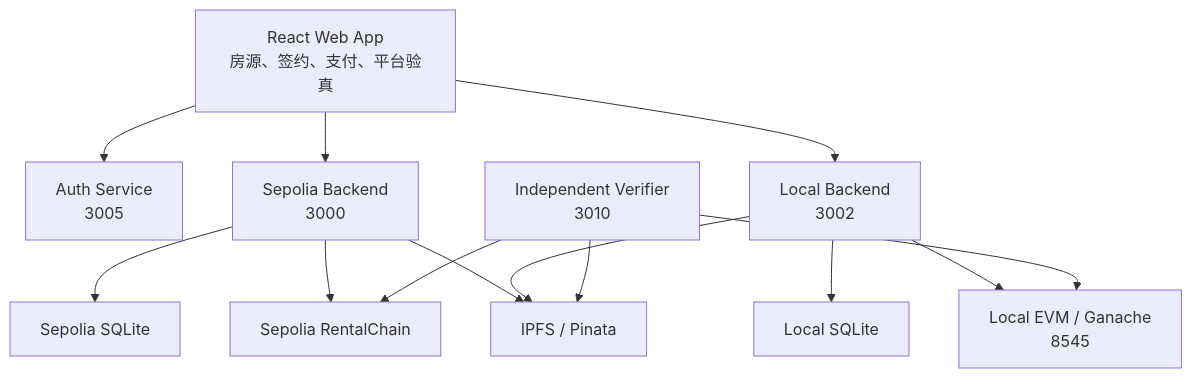
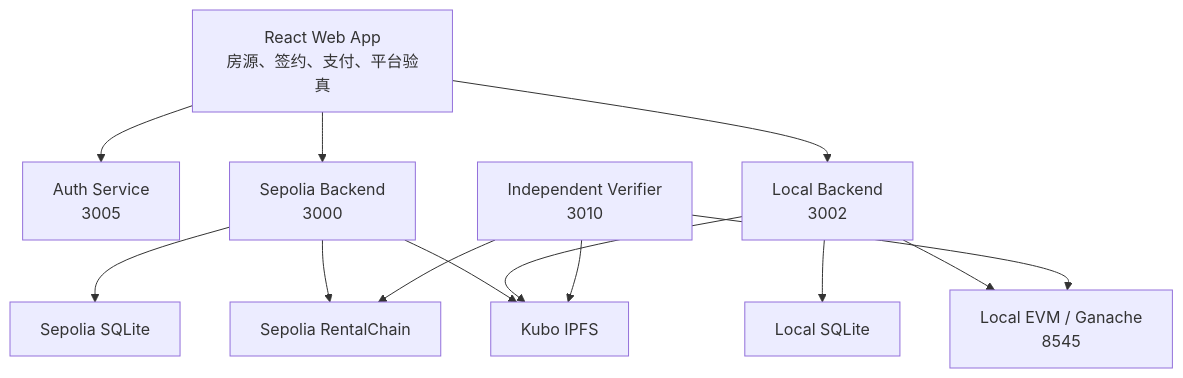
One commit to Asern-l/house-rent changed the second of 2 diagrams in README.md. Above: the diagram before and after it, drawn with Mermaid. The commit also changed other lines of this file and 22 other files, not shown here.

````diff
--- a/README.md
+++ b/README.md
@@ -161,15 +173,15 @@
 ```mermaid
 flowchart TB
     UI["React Web App<br/>房源、签约、支付、平台验真"] --> AUTH["Auth Service<br/>3005"]
     UI --> API1["Sepolia Backend<br/>3000"]
     UI --> API2["Local Backend<br/>3002"]
     API1 --> DB1["Sepolia SQLite"]
     API2 --> DB2["Local SQLite"]
     API1 --> CHAIN1["Sepolia RentalChain"]
     API2 --> CHAIN2["Local EVM / Ganache<br/>8545"]
-    API1 --> IPFS["IPFS / Pinata"]
+    API1 --> IPFS["Kubo IPFS"]
     API2 --> IPFS
     VERIFIER["Independent Verifier<br/>3010"] --> CHAIN1
     VERIFIER --> CHAIN2
     VERIFIER --> IPFS
 ```
````
